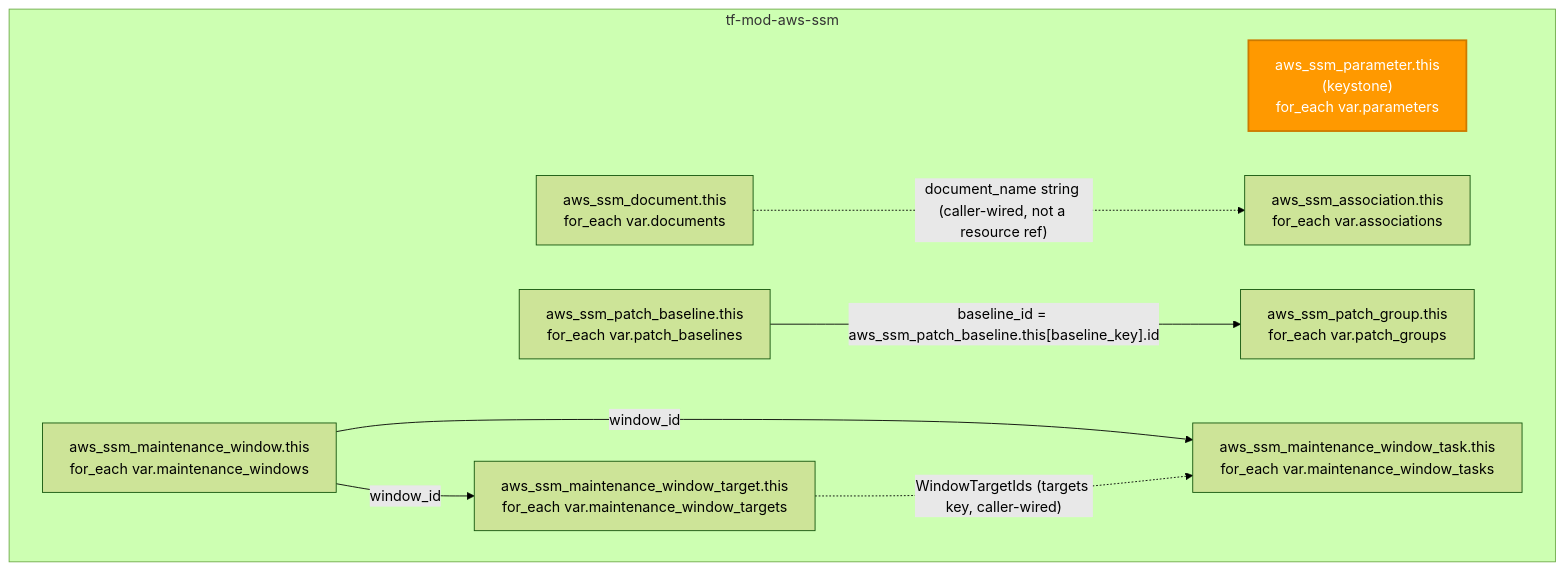
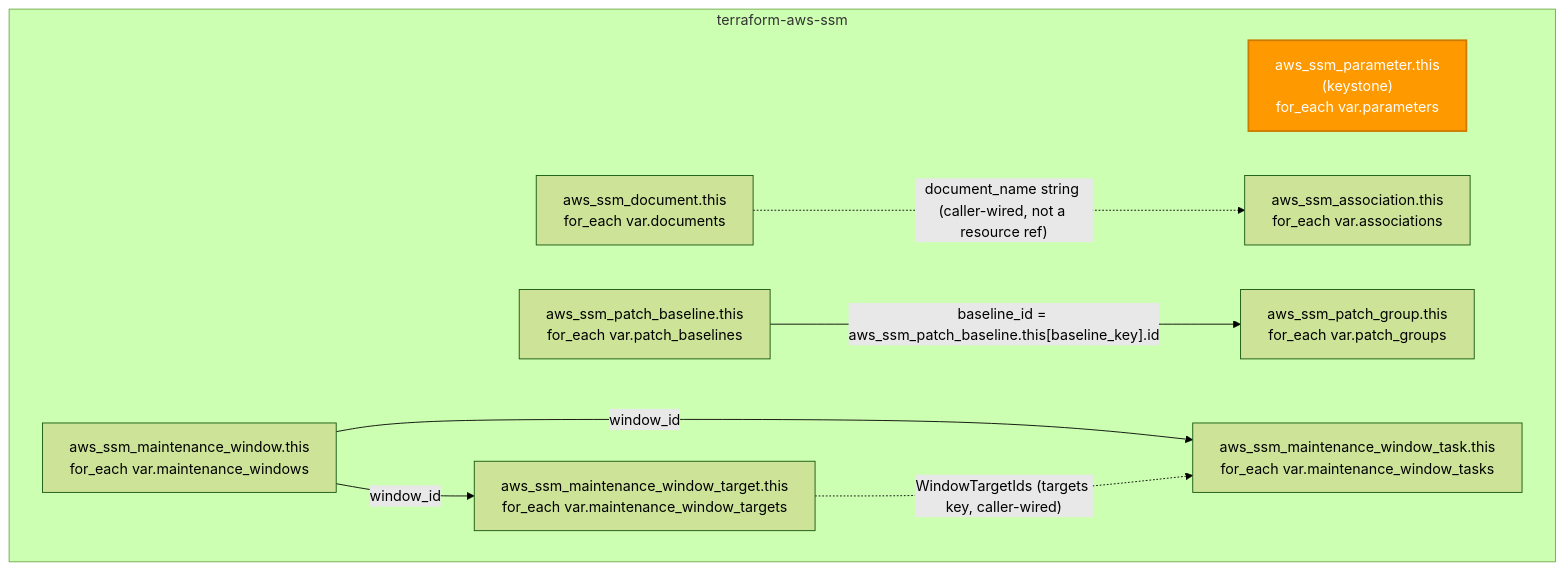
One commit to microsoftexpert/terraform-aws-ssm changed the second of 2 diagrams in README.md. Above: the diagram before and after it, drawn with Mermaid (forest theme). The commit also changed other lines of this file and 4 other files, not shown here.

````diff
--- a/README.md
+++ b/README.md
@@ -74,21 +74,21 @@
 ```mermaid
 flowchart TB
- subgraph SSMMOD["tf-mod-aws-ssm"]
+ subgraph SSMMOD["terraform-aws-ssm"]
  param["aws_ssm_parameter.this<br/>(keystone)<br/>for_each var.parameters"]
  doc["aws_ssm_document.this<br/>for_each var.documents"]
  assoc["aws_ssm_association.this<br/>for_each var.associations"]
  pb["aws_ssm_patch_baseline.this<br/>for_each var.patch_baselines"]
  pg["aws_ssm_patch_group.this<br/>for_each var.patch_groups"]
  mw["aws_ssm_maintenance_window.this<br/>for_each var.maintenance_windows"]
  mwt["aws_ssm_maintenance_window_target.this<br/>for_each var.maintenance_window_targets"]
  mwk["aws_ssm_maintenance_window_task.this<br/>for_each var.maintenance_window_tasks"]
 
  doc -. "document_name string (caller-wired, not a resource ref)".-> assoc
  pb -- "baseline_id = aws_ssm_patch_baseline.this[baseline_key].id" --> pg
  mw -- "window_id" --> mwt
  mw -- "window_id" --> mwk
  mwt -. "WindowTargetIds (targets key, caller-wired)".-> mwk
  end
 
  style param fill:#FF9900,color:#fff,stroke:#cc7a00,stroke-width:2px
 ```
````
